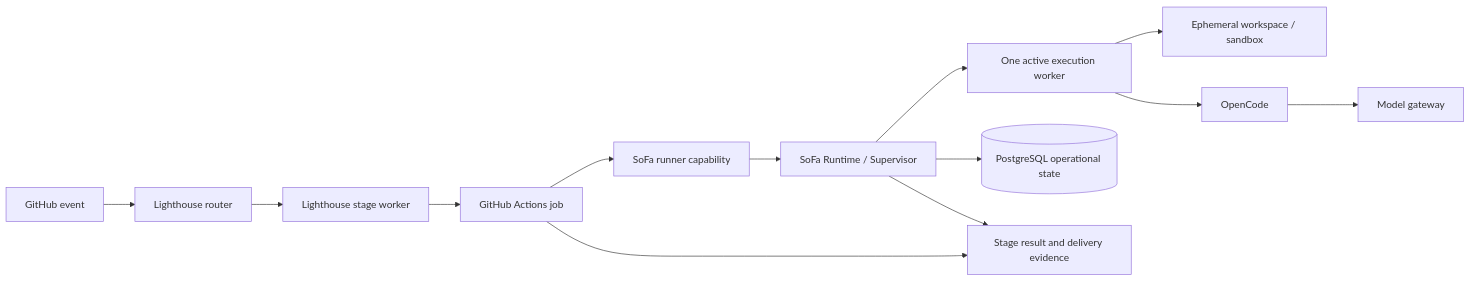
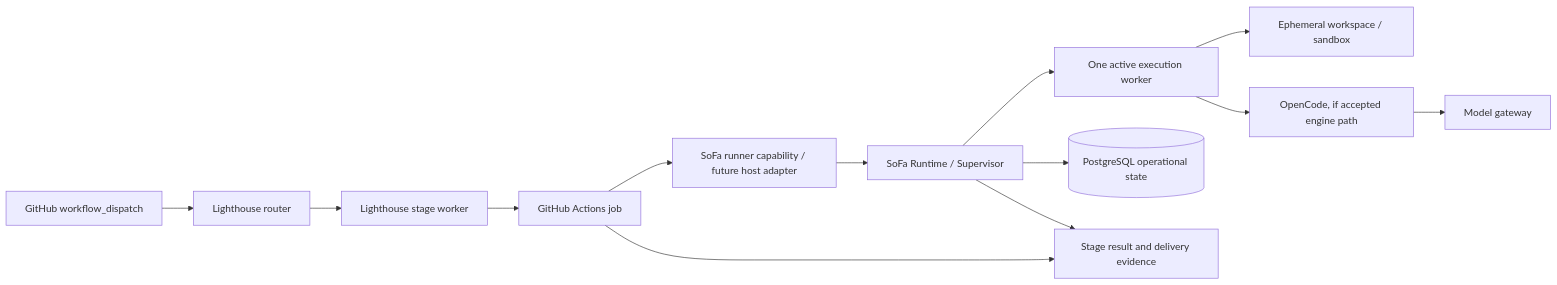
One commit to juangcarmona/sofa changed the diagram in docs/roadmap/runtime-architecture.md. Above: the diagram before and after it, drawn with Mermaid. The commit also changed other lines of this file and 7 other files, not shown here.

````diff
--- a/docs/roadmap/runtime-architecture.md
+++ b/docs/roadmap/runtime-architecture.md
@@ -17,15 +23,15 @@
 ```mermaid
 flowchart LR
-    Event[GitHub event] --> Router[Lighthouse router]
+    Event[GitHub workflow_dispatch] --> Router[Lighthouse router]
     Router --> Stage[Lighthouse stage worker]
     Stage --> Job[GitHub Actions job]
-    Job --> Runner[SoFa runner capability]
+    Job --> Runner[SoFa runner capability / future host adapter]
     Runner --> Supervisor[SoFa Runtime / Supervisor]
     Supervisor --> Worker[One active execution worker]
     Worker --> Workspace[Ephemeral workspace / sandbox]
-    Worker --> OpenCode[OpenCode]
+    Worker --> OpenCode[OpenCode, if accepted engine path]
     OpenCode --> Gateway[Model gateway]
     Supervisor --> Postgres[(PostgreSQL operational state)]
     Job --> Evidence[Stage result and delivery evidence]
     Supervisor --> Evidence
 ```
````
